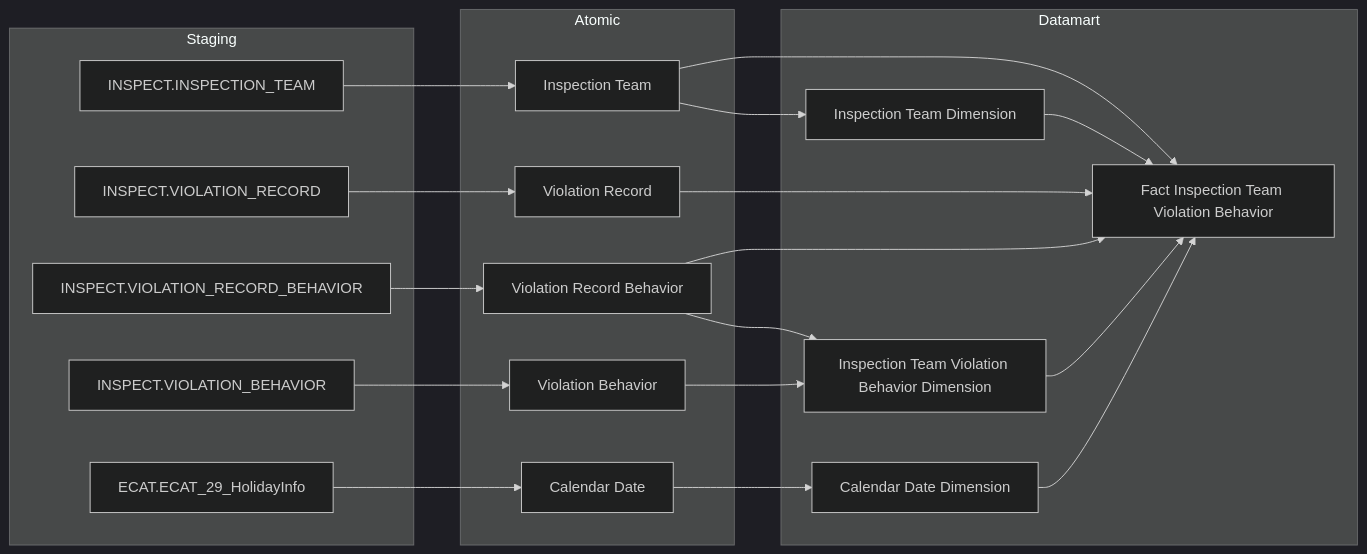
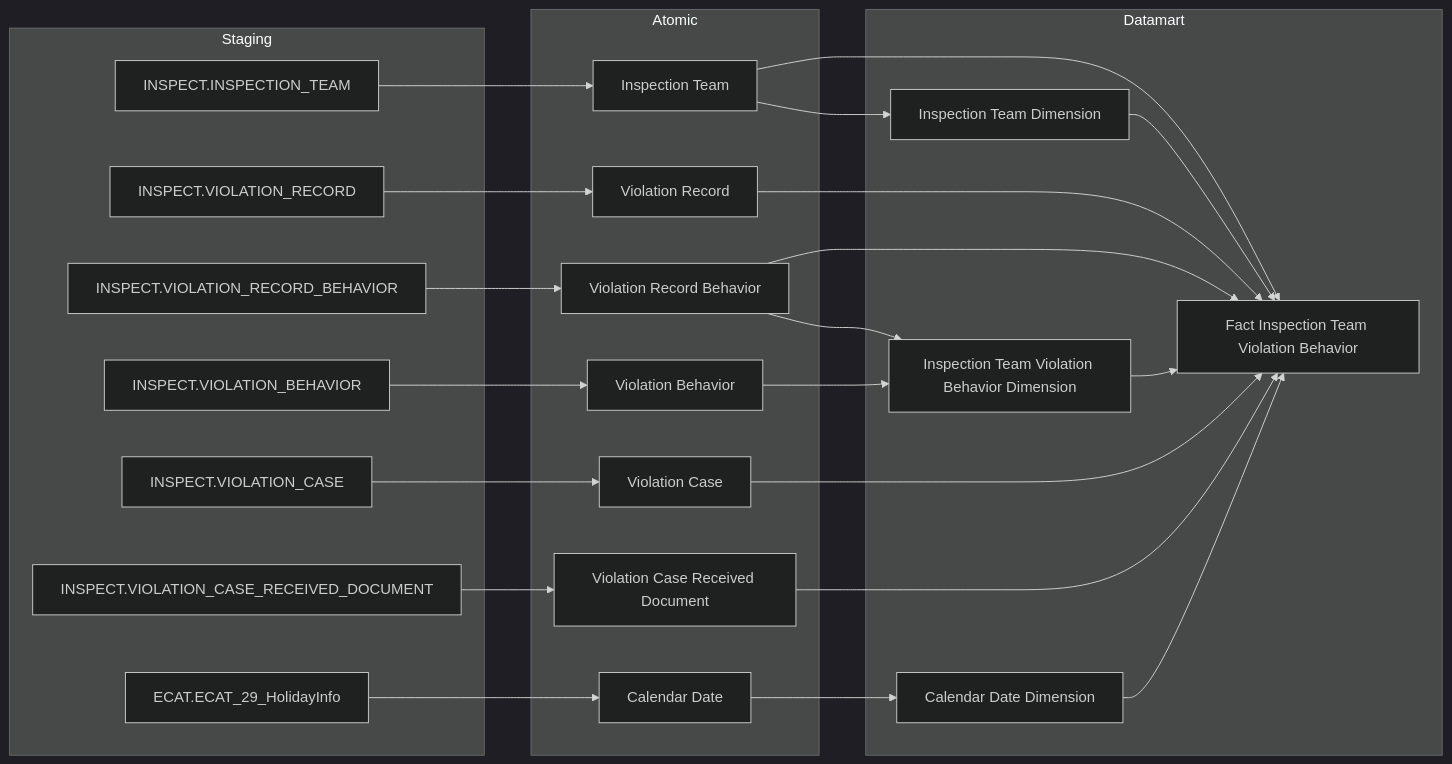
One commit to linhlvit/ubck_atomic_design changed the fifth of 54 diagrams in Datamart/hld/DTM_TT_HLD.md. Above: the diagram before and after it, drawn with Mermaid (dark theme). The commit also changed other lines of this file and 10 other files, not shown here.

````diff
--- a/Datamart/hld/DTM_TT_HLD.md
+++ b/Datamart/hld/DTM_TT_HLD.md
@@ -172,43 +178,51 @@
 ```mermaid
 flowchart LR
     subgraph SRC["Staging"]
         S1["INSPECT.INSPECTION_TEAM"]
         S2["INSPECT.VIOLATION_RECORD"]
         S3["INSPECT.VIOLATION_RECORD_BEHAVIOR"]
         S4["INSPECT.VIOLATION_BEHAVIOR"]
+        S5["INSPECT.VIOLATION_CASE"]
+        S6["INSPECT.VIOLATION_CASE_RECEIVED_DOCUMENT"]
         ECAT_HolidayInfo["ECAT.ECAT_29_HolidayInfo"]
     end
 
     subgraph SIL["Atomic"]
         SV1["Inspection Team"]
         SV2["Violation Record"]
         SV3["Violation Record Behavior"]
         SV4["Violation Behavior"]
+        SV5["Violation Case"]
+        SV6["Violation Case Received Document"]
         Calendar_Date["Calendar Date"]
     end
 
     subgraph GOLD["Datamart"]
         G1["Fact Inspection Team Violation Behavior"]
         G2["Calendar Date Dimension"]
         G3["Inspection Team Violation Behavior Dimension"]
         G4["Inspection Team Dimension"]
     end
 
     S1 --> SV1
     S2 --> SV2
     S3 --> SV3
     S4 --> SV4
+    S5 --> SV5
+    S6 --> SV6
     ECAT_HolidayInfo --> Calendar_Date
 
     SV1 --> G1
     SV1 --> G4
     SV2 --> G1
     SV3 --> G1
     SV3 --> G3
     SV4 --> G3
+    SV5 --> G1
+    SV6 --> G1
 
     Calendar_Date --> G2
     G2 --> G1
     G3 --> G1
     G4 --> G1
 ```
````
